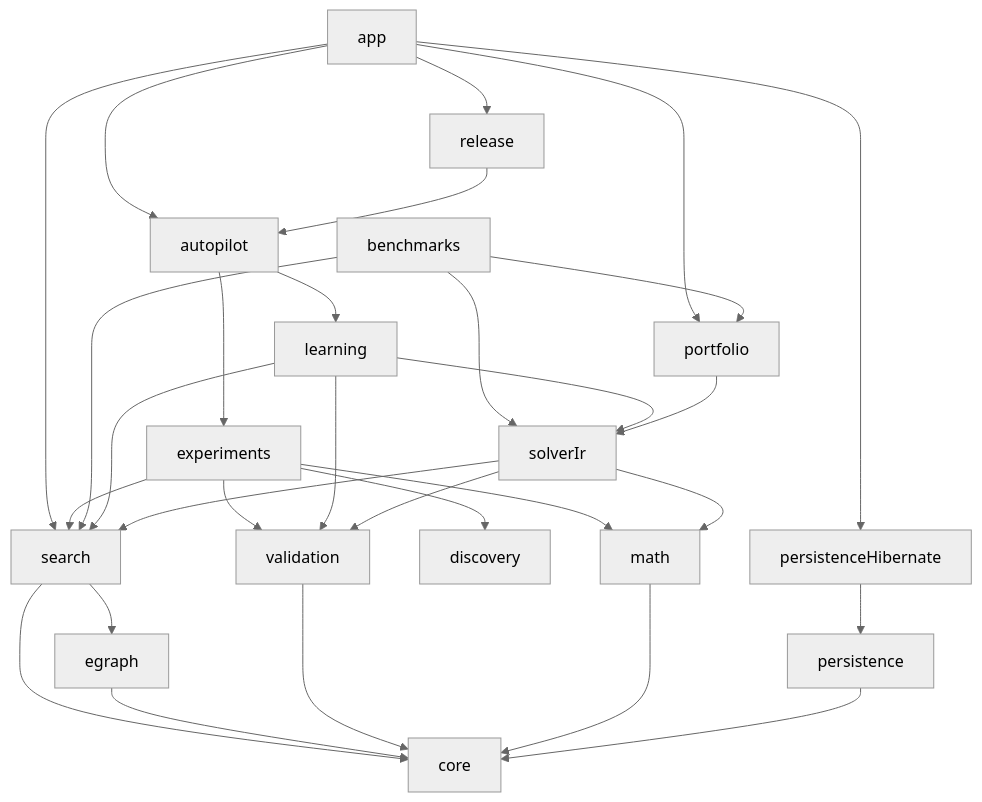
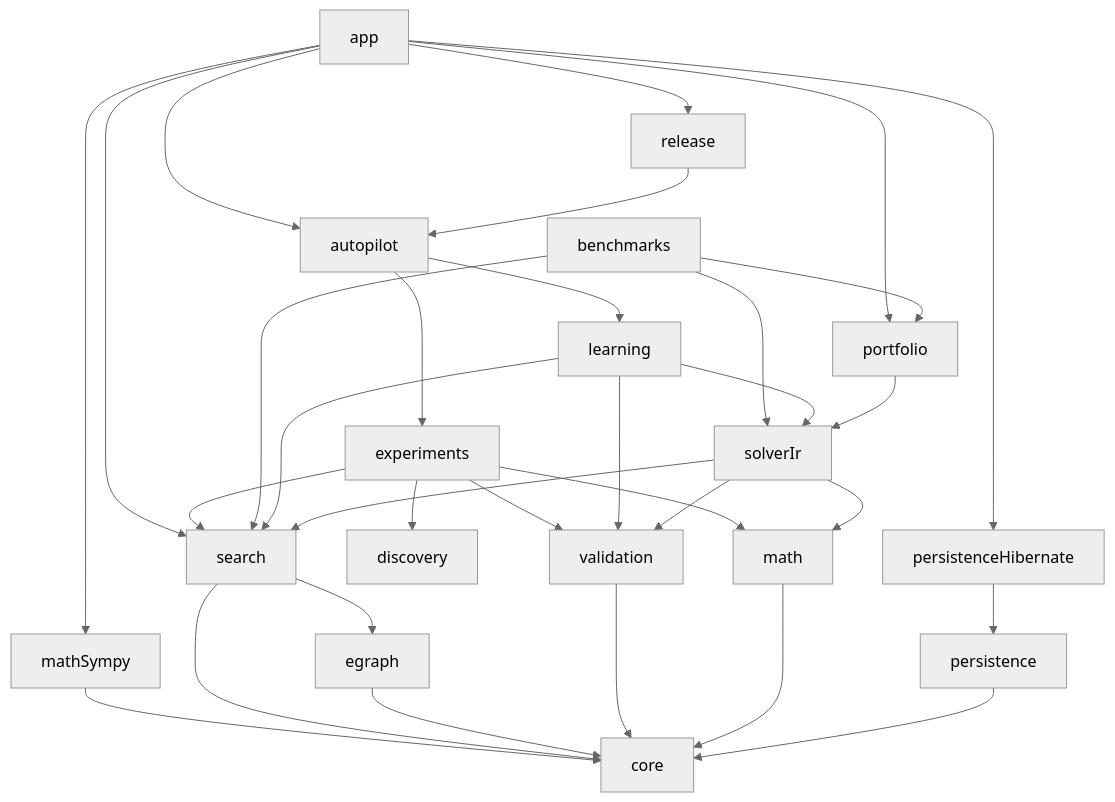
The diagram in docs/dependency-rules.md (carstenartur/Regelsuche), drawn with Mermaid (neutral theme) before and after one commit. The commit also changed other lines of this file, not shown here.

First line of the commit message:
Place the SymPy adapter outside the mathematical core

````diff
--- a/docs/dependency-rules.md
+++ b/docs/dependency-rules.md
@@ -12,39 +12,41 @@
 ```mermaid
 flowchart TD
     app --> release
     app --> autopilot
     app --> persistenceHibernate
     app --> portfolio
     app --> search
+    app --> mathSympy
 
     release --> autopilot
     autopilot --> experiments
     autopilot --> learning
 
     experiments --> discovery
     experiments --> search
     experiments --> validation
     experiments --> math
 
     benchmarks --> portfolio
     benchmarks --> solverIr
     benchmarks --> search
 
     learning --> solverIr
     learning --> search
     learning --> validation
 
     persistenceHibernate --> persistence
 
     portfolio --> solverIr
     solverIr --> search
     solverIr --> validation
     solverIr --> math
 
+    mathSympy --> core
     search --> egraph
     search --> core
     egraph --> core
     validation --> core
     math --> core
     persistence --> core
 ```
````
